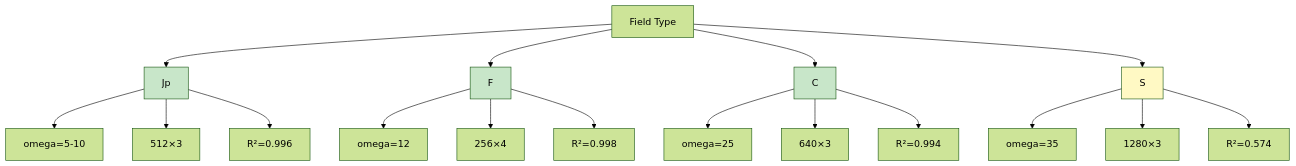
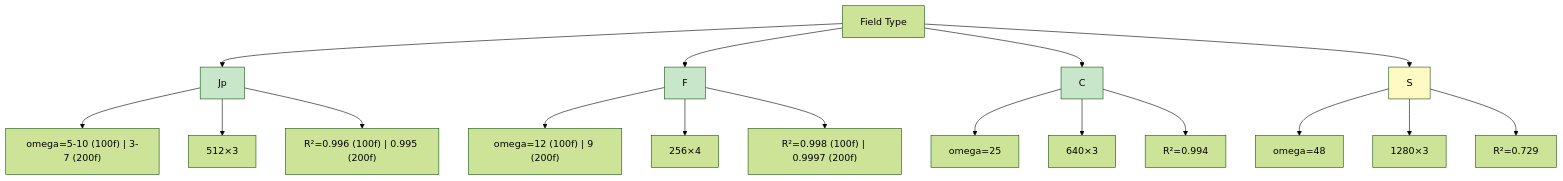
Before and after one commit to saalfeldlab/MPM_pytorch: the diagram in llm-exploration.qmd, drawn with Mermaid (forest theme). The commit also changed other lines of this file and 21 other files, not shown here.

````diff
--- a/llm-exploration.qmd
+++ b/llm-exploration.qmd
@@ -201,28 +268,28 @@
 ```{mermaid}
 flowchart TD
     A[Field Type] --> B[Jp]
     A --> C[F]
     A --> D[C]
     A --> E[S]
 
-    B --> B1[omega=5-10]
+    B --> B1["omega=5-10 (100f) | 3-7 (200f)"]
     B --> B2[512×3]
-    B --> B3[R²=0.996]
+    B --> B3["R²=0.996 (100f) | 0.995 (200f)"]
 
-    C --> C1[omega=12]
+    C --> C1["omega=12 (100f) | 9 (200f)"]
     C --> C2[256×4]
-    C --> C3[R²=0.998]
+    C --> C3["R²=0.998 (100f) | 0.9997 (200f)"]
 
     D --> D1[omega=25]
     D --> D2[640×3]
     D --> D3[R²=0.994]
 
-    E --> E1[omega=35]
+    E --> E1[omega=48]
     E --> E2[1280×3]
-    E --> E3[R²=0.574]
+    E --> E3[R²=0.729]
 
     style B fill:#c8e6c9
     style C fill:#c8e6c9
     style D fill:#c8e6c9
     style E fill:#fff9c4
 ```
````
